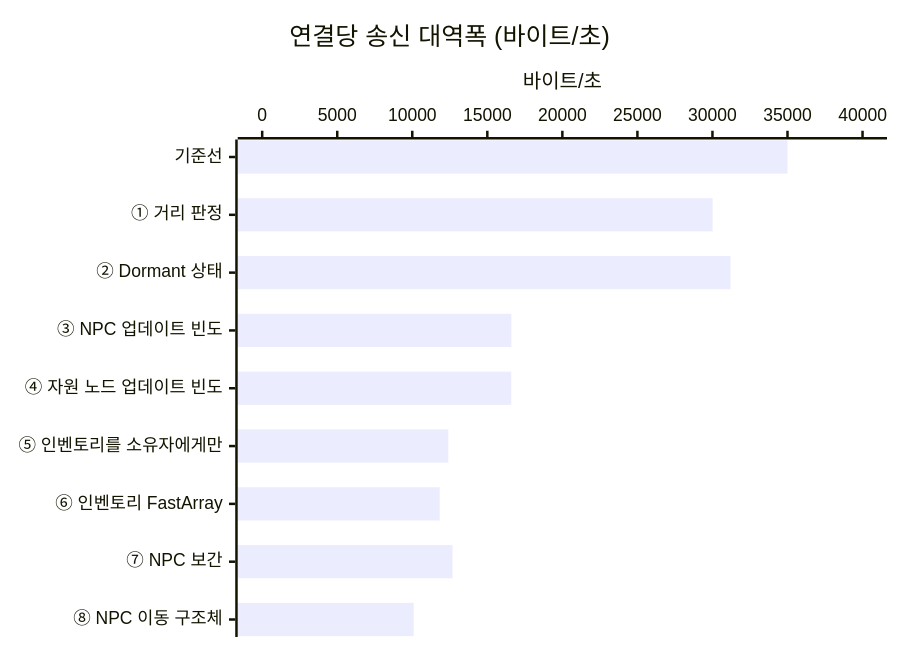
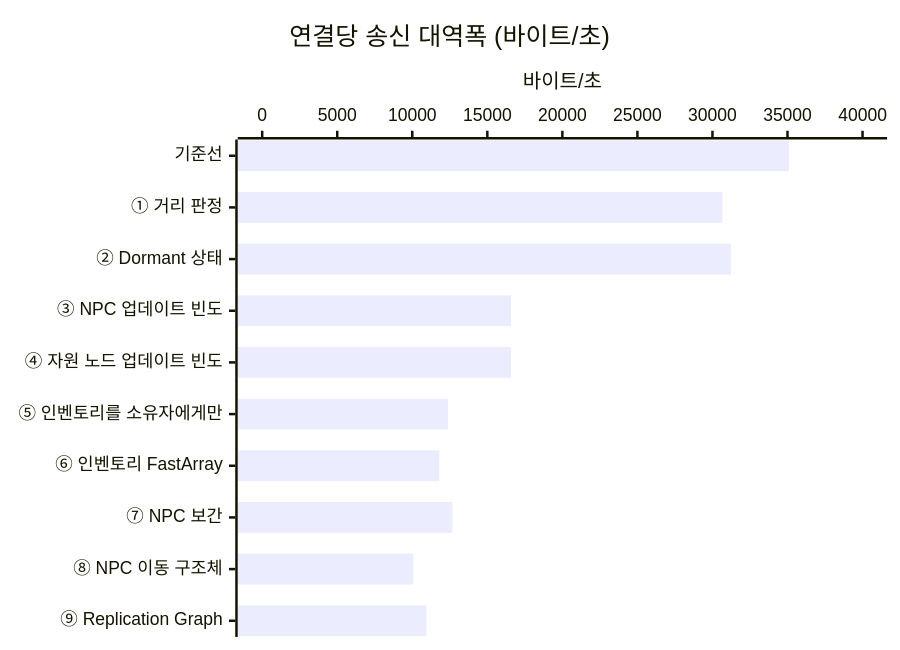
Before and after one commit to hon454/ue-dedicated-server-optimization-lab: the second of 3 diagrams in README.md, drawn with Mermaid. The commit also changed other lines of this file and 3 other files, not shown here.

First line of the commit message:
docs(readme): add the replication graph step and the replication system table

````diff
--- a/README.md
+++ b/README.md
@@ -37,7 +38,7 @@
 ```mermaid
 xychart-beta horizontal
     title "연결당 송신 대역폭 (바이트/초)"
-    x-axis ["기준선", "① 거리 판정", "② Dormant 상태", "③ NPC 업데이트 빈도", "④ 자원 노드 업데이트 빈도", "⑤ 인벤토리를 소유자에게만", "⑥ 인벤토리 FastArray", "⑦ NPC 보간", "⑧ NPC 이동 구조체"]
+    x-axis ["기준선", "① 거리 판정", "② Dormant 상태", "③ NPC 업데이트 빈도", "④ 자원 노드 업데이트 빈도", "⑤ 인벤토리를 소유자에게만", "⑥ 인벤토리 FastArray", "⑦ NPC 보간", "⑧ NPC 이동 구조체", "⑨ Replication Graph"]
     y-axis "바이트/초" 0 --> 40000
-    bar [35001, 30009, 31205, 16603, 16592, 12402, 11829, 12681, 10094]
+    bar [35095, 30660, 31236, 16575, 16580, 12381, 11803, 12671, 10072, 10947]
 ```
````
